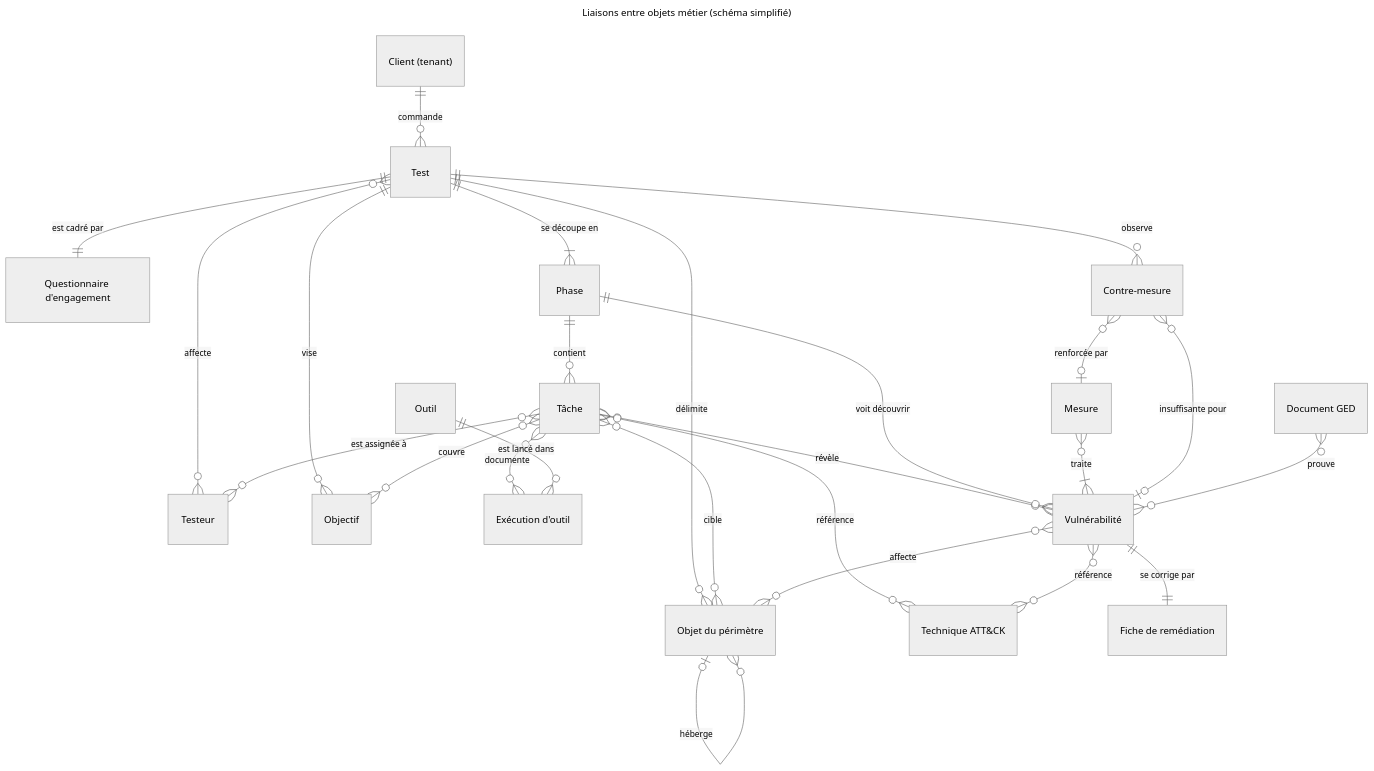
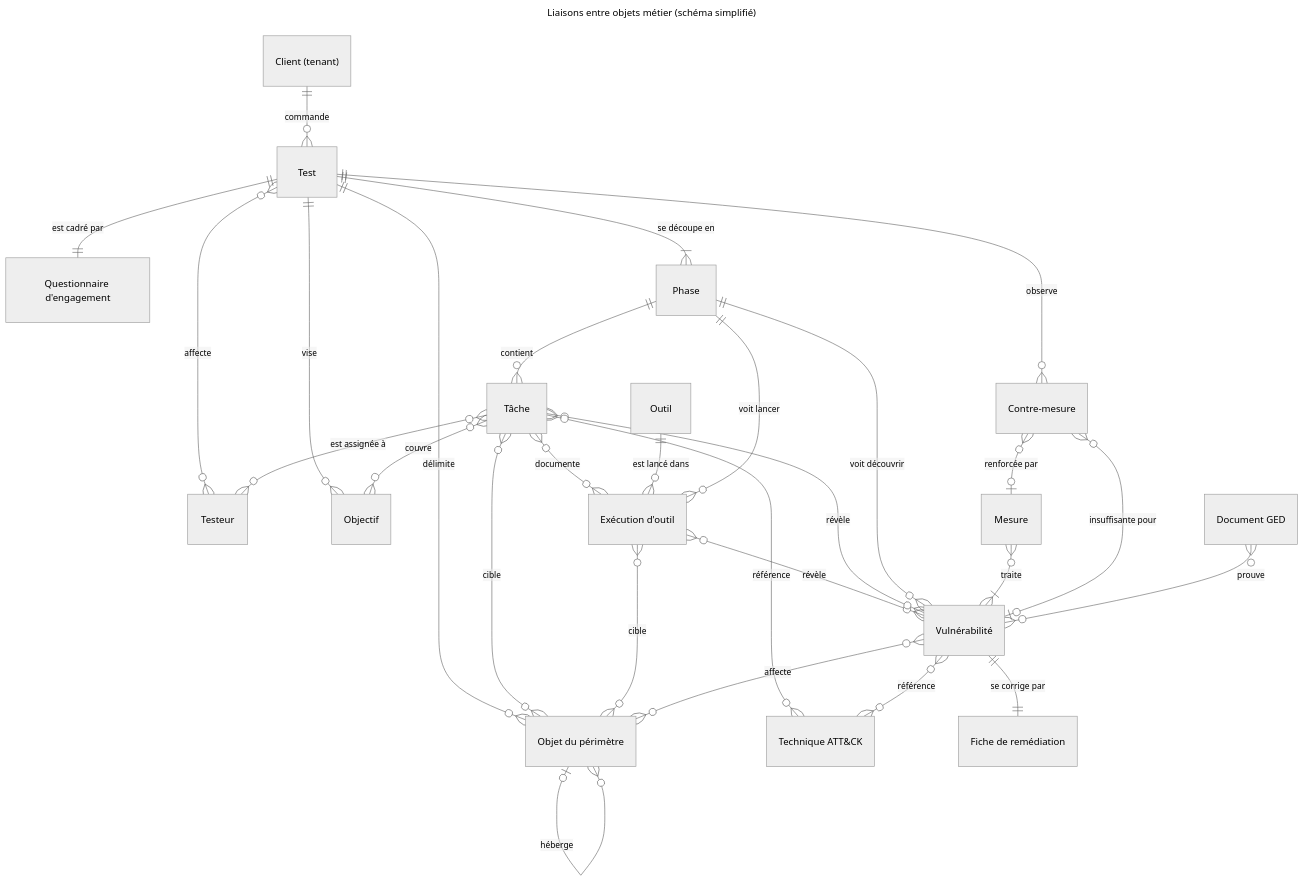
One commit to ILPlais/SuiviTestIntrusion changed the diagram in docs/10-19 Conception/14 Modèle de données/14.01 Schéma des objets métier.md. Above: the diagram before and after it, drawn with Mermaid (neutral theme). The commit also changed other lines of this file and 18 other files, not shown here.

````diff
--- a/docs/10-19 Conception/14 Modèle de données/14.01 Schéma des objets métier.md
+++ b/docs/10-19 Conception/14 Modèle de données/14.01 Schéma des objets métier.md
@@ -11,30 +11,33 @@
 ```mermaid
 ---
 title: Liaisons entre objets métier (schéma simplifié)
 ---
 erDiagram
 	"Client (tenant)" ||--o{ "Test" : "commande"
 	"Test" ||--|| "Questionnaire d'engagement" : "est cadré par"
 	"Test" }o--o{ "Testeur" : "affecte"
 	"Test" ||--o{ "Objet du périmètre" : "délimite"
 	"Objet du périmètre" |o--o{ "Objet du périmètre" : "héberge"
 	"Test" ||--o{ "Objectif" : "vise"
 	"Test" ||--|{ "Phase" : "se découpe en"
 	"Phase" ||--o{ "Tâche" : "contient"
 	"Tâche" }o--o{ "Testeur" : "est assignée à"
 	"Tâche" }o--o{ "Objectif" : "couvre"
 	"Tâche" }o--o{ "Objet du périmètre" : "cible"
 	"Tâche" }o--o{ "Exécution d'outil" : "documente"
 	"Outil" ||--o{ "Exécution d'outil" : "est lancé dans"
+	"Phase" ||--o{ "Exécution d'outil" : "voit lancer"
+	"Exécution d'outil" }o--o{ "Objet du périmètre" : "cible"
+	"Exécution d'outil" }o--o{ "Vulnérabilité" : "révèle"
 	"Tâche" }o--o{ "Vulnérabilité" : "révèle"
 	"Tâche" }o--o{ "Technique ATT&CK" : "référence"
 	"Phase" ||--o{ "Vulnérabilité" : "voit découvrir"
 	"Vulnérabilité" }o--o{ "Objet du périmètre" : "affecte"
 	"Vulnérabilité" }o--o{ "Technique ATT&CK" : "référence"
 	"Vulnérabilité" ||--|| "Fiche de remédiation" : "se corrige par"
 	"Mesure" }o--|{ "Vulnérabilité" : "traite"
 	"Test" ||--o{ "Contre-mesure" : "observe"
 	"Contre-mesure" }o--o| "Vulnérabilité" : "insuffisante pour"
 	"Contre-mesure" }o--o| "Mesure" : "renforcée par"
 	"Document GED" }o--o{ "Vulnérabilité" : "prouve"
 ```
````
